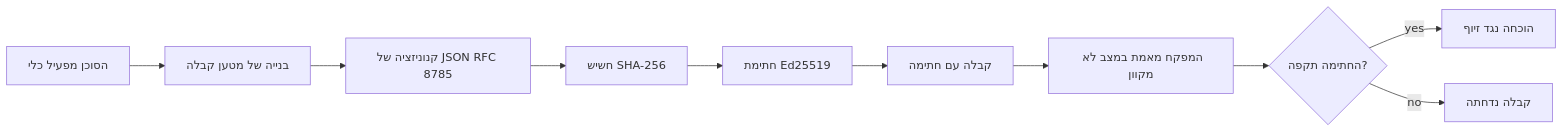
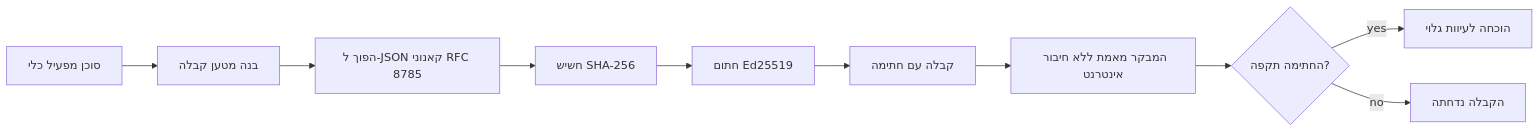
Before and after one commit to microsoft/ai-agents-for-beginners: the first of 2 diagrams in translations/he/18-securing-ai-agents/README.md, drawn with Mermaid. The commit also changed other lines of this file and 222 other files, not shown here.

````diff
--- a/translations/he/18-securing-ai-agents/README.md
+++ b/translations/he/18-securing-ai-agents/README.md
@@ -51,12 +51,12 @@
 ```mermaid
 flowchart LR
-    A[הסוכן מפעיל כלי] --> B[בנייה של מטען קבלה]
-    B --> C[קנוניזציה של JSON RFC 8785]
+    A[סוכן מפעיל כלי] --> B[בנה מטען קבלה]
+    B --> C[הפוך ל-JSON קאנוני RFC 8785]
     C --> D[חשיש SHA-256]
-    D --> E[חתימת Ed25519]
+    D --> E[חתום Ed25519]
     E --> F[קבלה עם חתימה]
-    F --> G[המפקח מאמת במצב לא מקוון]
+    F --> G[המבקר מאמת ללא חיבור אינטרנט]
     G --> H{החתימה תקפה?}
-    H -- yes --> I[הוכחה נגד זיוף]
-    H -- no --> J[קבלה נדחתה]
+    H -- yes --> I[הוכחה לעיוות גלוי]
+    H -- no --> J[הקבלה נדחתה]
 ```
````
